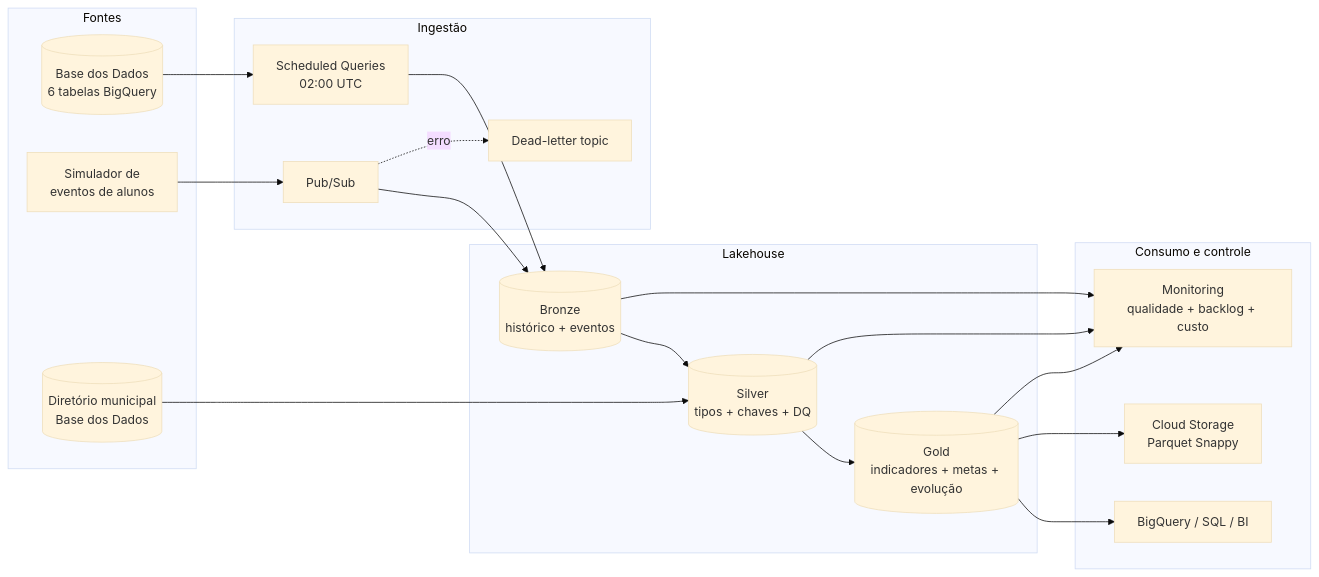
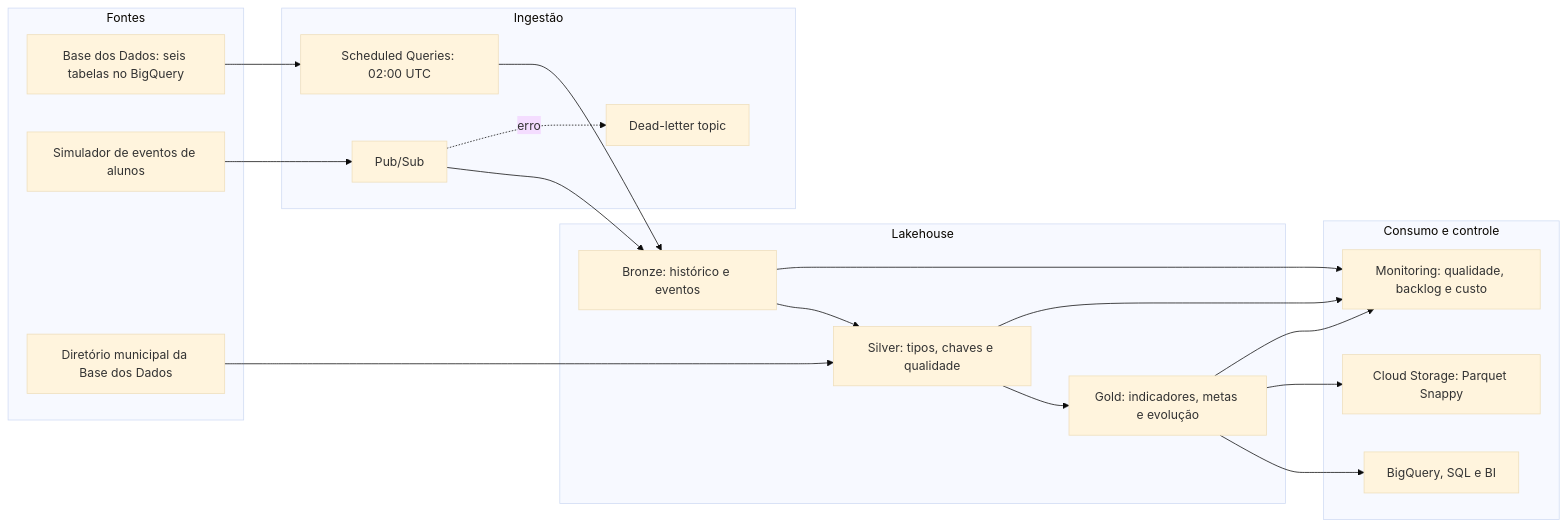
One commit to schonlopes/tech-challenge-fase-2-alfabetizacao-data-pipeline changed the diagram in README.md. Above: the diagram before and after it, drawn with Mermaid (base theme). The commit also changed other lines of this file and 2 other files, not shown here.

Commit message:
docs: publish final executive presentation and video

````diff
--- a/README.md
+++ b/README.md
@@ -63,37 +65,37 @@
 ```mermaid
 flowchart LR
-  subgraph Sources[Fontes]
-    BD[(Base dos Dados\n6 tabelas BigQuery)]
-    Producer[Simulador de\neventos de alunos]
-    IBGE[(Diretório municipal\nBase dos Dados)]
+  subgraph Fontes
+    BD["Base dos Dados: seis tabelas no BigQuery"]
+    Producer["Simulador de eventos de alunos"]
+    IBGE["Diretório municipal da Base dos Dados"]
   end
 
-  subgraph Ingestion[Ingestão]
-    Batch[Scheduled Queries\n02:00 UTC]
+  subgraph Ingestao[Ingestão]
+    Batch["Scheduled Queries: 02:00 UTC"]
     Topic[Pub/Sub]
-    DLQ[Dead-letter topic]
+    DLQ["Dead-letter topic"]
   end
 
-  subgraph Medallion[Lakehouse]
-    Bronze[(Bronze\nhistórico + eventos)]
-    Silver[(Silver\ntipos + chaves + DQ)]
-    Gold[(Gold\nindicadores + metas + evolução)]
+  subgraph Lakehouse
+    Bronze["Bronze: histórico e eventos"]
+    Silver["Silver: tipos, chaves e qualidade"]
+    Gold["Gold: indicadores, metas e evolução"]
   end
 
-  subgraph Consumption[Consumo e controle]
-    BQ[BigQuery / SQL / BI]
-    GCS[Cloud Storage\nParquet Snappy]
-    Mon[Monitoring\nqualidade + backlog + custo]
+  subgraph Consumo_e_controle[Consumo e controle]
+    BQ["BigQuery, SQL e BI"]
+    GCS["Cloud Storage: Parquet Snappy"]
+    Mon["Monitoring: qualidade, backlog e custo"]
   end
 
   BD --> Batch --> Bronze
   Producer --> Topic --> Bronze
   Topic -. erro .-> DLQ
   IBGE --> Silver
   Bronze --> Silver --> Gold
   Gold --> BQ
   Gold --> GCS
   Bronze --> Mon
   Silver --> Mon
   Gold --> Mon
 ```
````
